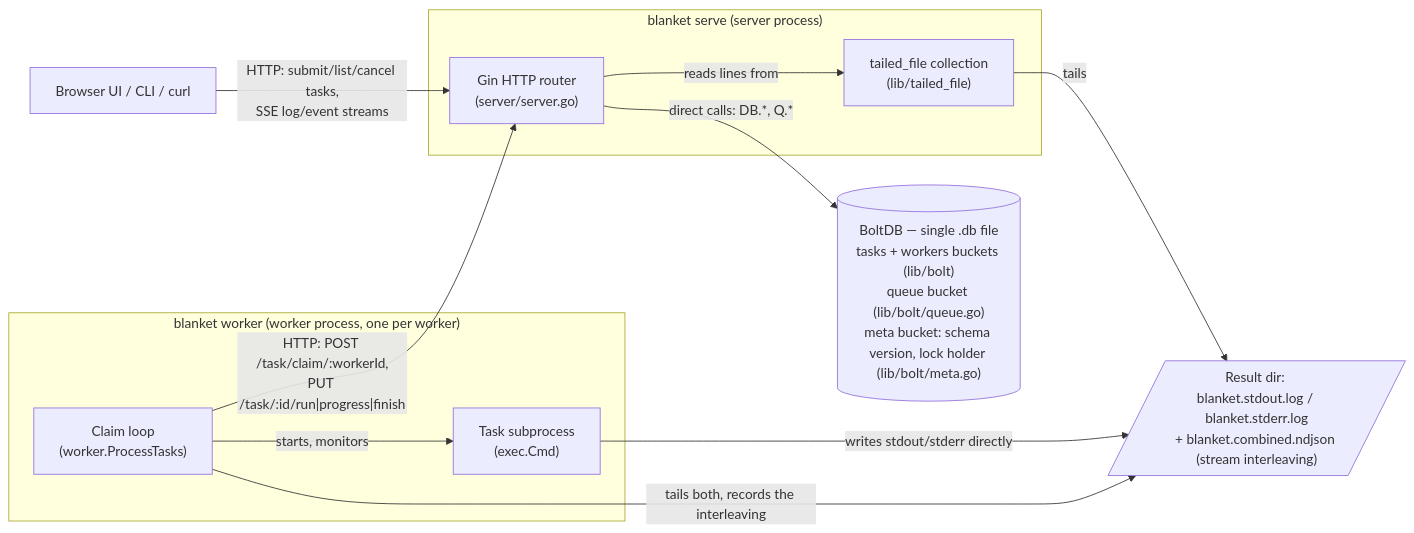
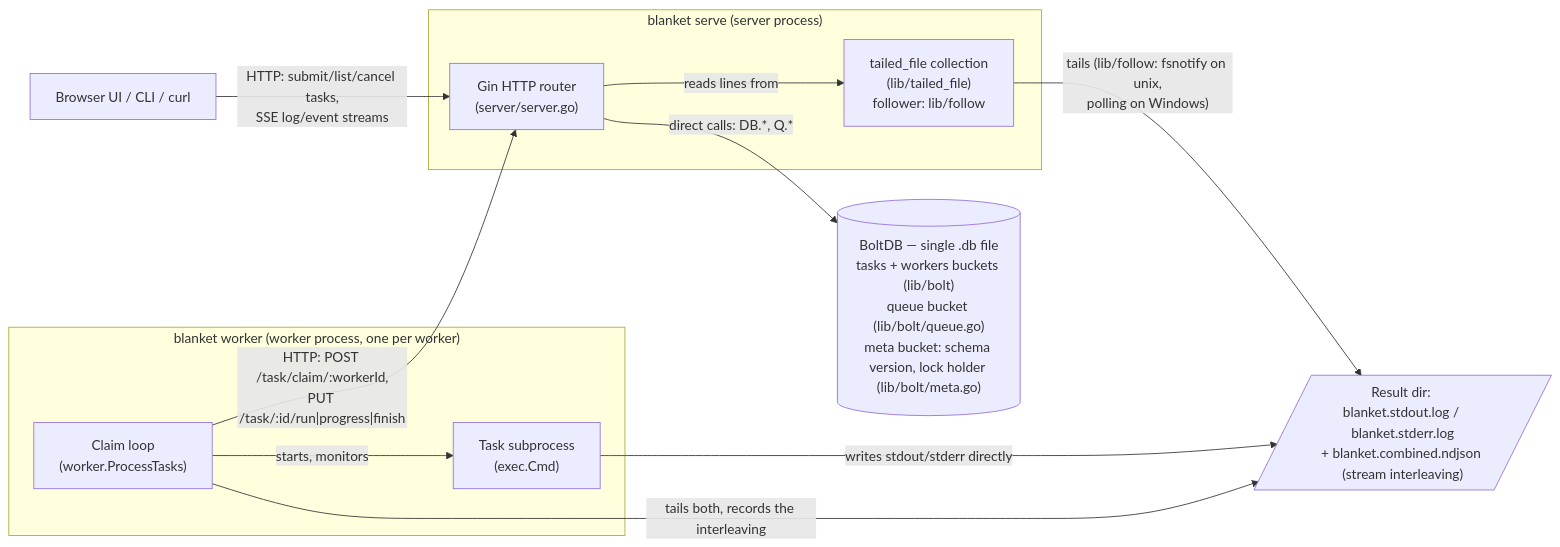
Before and after one commit to turtlemonvh/blanket: the diagram in docs/design.md, drawn with Mermaid.

Commit message:
[AI] name lib/follow in the architecture diagram
#172 replaced hpcloud/tail with blanket's own follower (lib/follow:
fsnotify on unix, polling on Windows) and updated docs/task_flow.md,
but docs/design.md's component diagram was left describing the log
tailing path without it. design.md did not mention lib/follow at all.

Docs-only. Also the first deliberate exercise of #184's docs-only CI
fast path: smoke, browser, race and windows should skip, fmt and unit
should run, and `test` should still report green.

Claude-Session: https://claude.ai/code/session_01C32j8ocinrc3AQAgv7dbct

````diff
--- a/docs/design.md
+++ b/docs/design.md
@@ -73,28 +73,28 @@
 ```mermaid
 flowchart LR
     client["Browser UI / CLI / curl"]
 
     subgraph serverproc["blanket serve (server process)"]
         router["Gin HTTP router<br/>(server/server.go)"]
-        tf["tailed_file collection<br/>(lib/tailed_file)"]
+        tf["tailed_file collection<br/>(lib/tailed_file)<br/>follower: lib/follow"]
     end
 
     db[("BoltDB — single .db file<br/>tasks + workers buckets (lib/bolt)<br/>queue bucket (lib/bolt/queue.go)<br/>meta bucket: schema version, lock holder (lib/bolt/meta.go)")]
 
     subgraph workerproc["blanket worker (worker process, one per worker)"]
         claimloop["Claim loop<br/>(worker.ProcessTasks)"]
         subcmd["Task subprocess<br/>(exec.Cmd)"]
     end
 
     logs[/"Result dir: blanket.stdout.log / blanket.stderr.log<br/>+ blanket.combined.ndjson (stream interleaving)"/]
 
     client -- "HTTP: submit/list/cancel tasks,<br/>SSE log/event streams" --> router
     router -- "direct calls: DB.*, Q.*" --> db
     router -- "reads lines from" --> tf
-    tf -- "tails" --> logs
+    tf -- "tails (lib/follow: fsnotify on unix,<br/>polling on Windows)" --> logs
 
     claimloop -- "HTTP: POST /task/claim/:workerId,<br/>PUT /task/:id/run|progress|finish" --> router
     claimloop -- "starts, monitors" --> subcmd
     subcmd -- "writes stdout/stderr directly" --> logs
     claimloop -- "tails both, records the interleaving" --> logs
 ```
````
